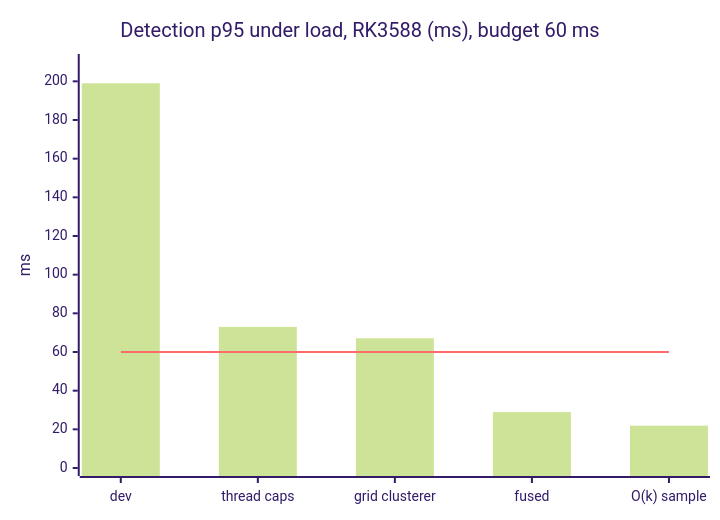
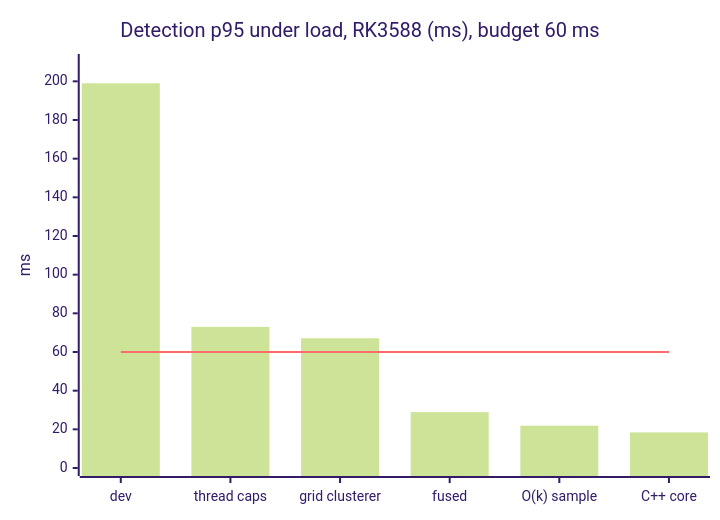
One commit to isc-fs/IFS09-DV-PIPELINE changed the first of 11 diagrams in docs/arm_optimization/detection.md. Above: the diagram before and after it, drawn with Mermaid (forest theme). The commit also changed other lines of this file and 2 other files, not shown here.

Commit message:
docs(arm_optimization): C++ core measured on the RK3588, decode + detect p99 40.3 -> 24.6 ms

````diff
--- a/docs/arm_optimization/detection.md
+++ b/docs/arm_optimization/detection.md
@@ -19,8 +19,8 @@
 ```mermaid
 xychart-beta
     title "Detection p95 under load, RK3588 (ms), budget 60 ms"
-    x-axis ["dev", "thread caps", "grid clusterer", "fused", "O(k) sample"]
+    x-axis ["dev", "thread caps", "grid clusterer", "fused", "O(k) sample", "C++ core"]
     y-axis "ms" 0 --> 210
-    bar [199, 73, 67.1, 28.9, 21.9]
-    line [60, 60, 60, 60, 60]
+    bar [199, 73, 67.1, 28.9, 21.9, 18.4]
+    line [60, 60, 60, 60, 60, 60]
 ```
````
